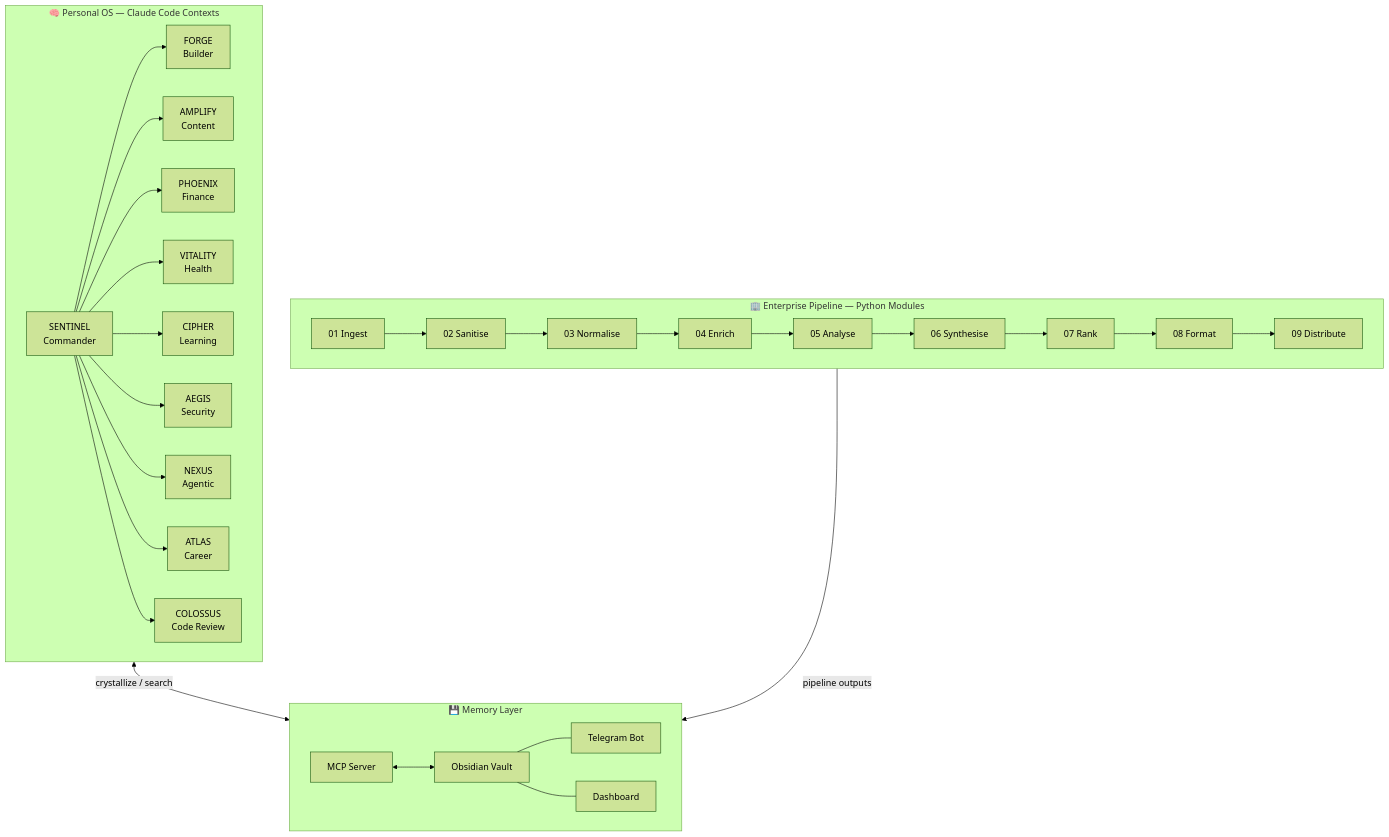
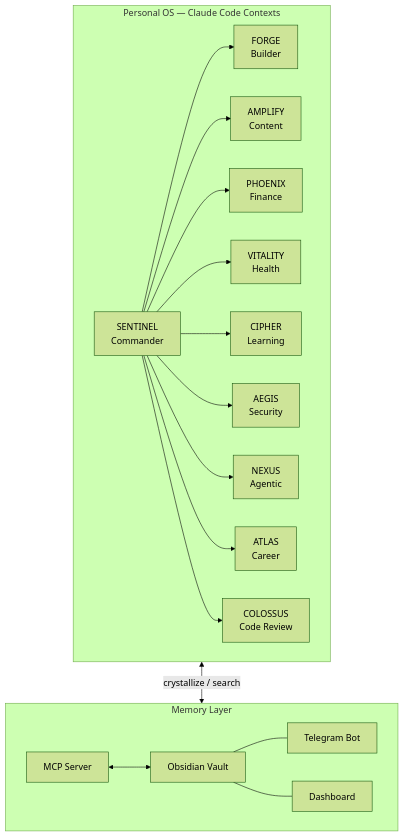
The first of 3 diagrams in README.md (vm799/VAF-V-AGENTFORCE), drawn with Mermaid (forest theme) before and after one commit. The commit also changed other lines of this file and 213 other files, not shown here.

````diff
--- a/README.md
+++ b/README.md
@@ -23,32 +18,24 @@
 ```mermaid
 graph TB
-    subgraph PERSONAL["🧠 Personal OS — Claude Code Contexts"]
+    subgraph PERSONAL["Personal OS — Claude Code Contexts"]
         S[SENTINEL<br/>Commander]
         F[FORGE<br/>Builder]
         A[AMPLIFY<br/>Content]
         P[PHOENIX<br/>Finance]
         V[VITALITY<br/>Health]
         C[CIPHER<br/>Learning]
         AE[AEGIS<br/>Security]
         N[NEXUS<br/>Agentic]
         AT[ATLAS<br/>Career]
         CO[COLOSSUS<br/>Code Review]
         S --> F & A & P & V & C & AE & N & AT & CO
     end
 
-    subgraph MEMORY["💾 Memory Layer"]
+    subgraph MEMORY["Memory Layer"]
         MCP[MCP Server] <--> OBS[Obsidian Vault]
         OBS --- TG[Telegram Bot]
         OBS --- DB[Dashboard]
     end
 
-    subgraph ENTERPRISE["🏢 Enterprise Pipeline — Python Modules"]
-        B1[01 Ingest] --> B2[02 Sanitise] --> B3[03 Normalise]
-        B3 --> B4[04 Enrich] --> B5[05 Analyse]
-        B5 --> B6[06 Synthesise] --> B7[07 Rank]
-        B7 --> B8[08 Format] --> B9[09 Distribute]
-    end
-
     PERSONAL <-->|crystallize / search| MEMORY
-    ENTERPRISE -->|pipeline outputs| MEMORY
 ```
````
